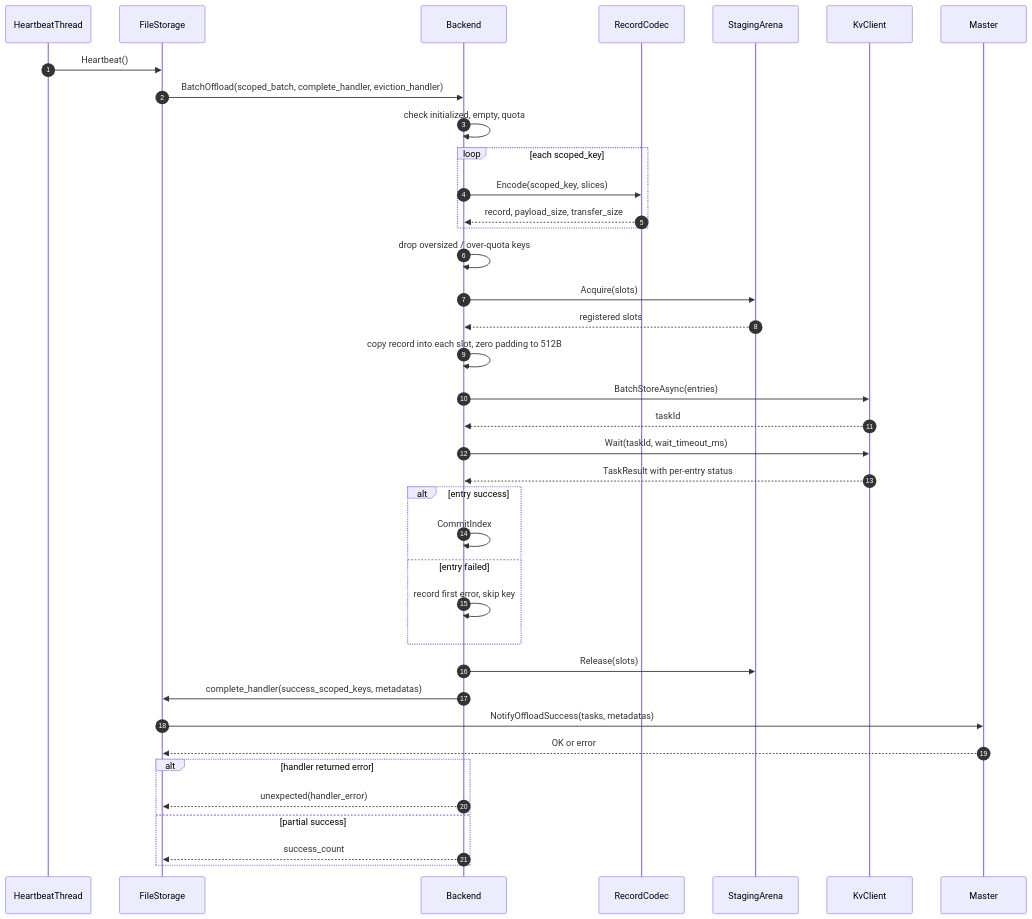
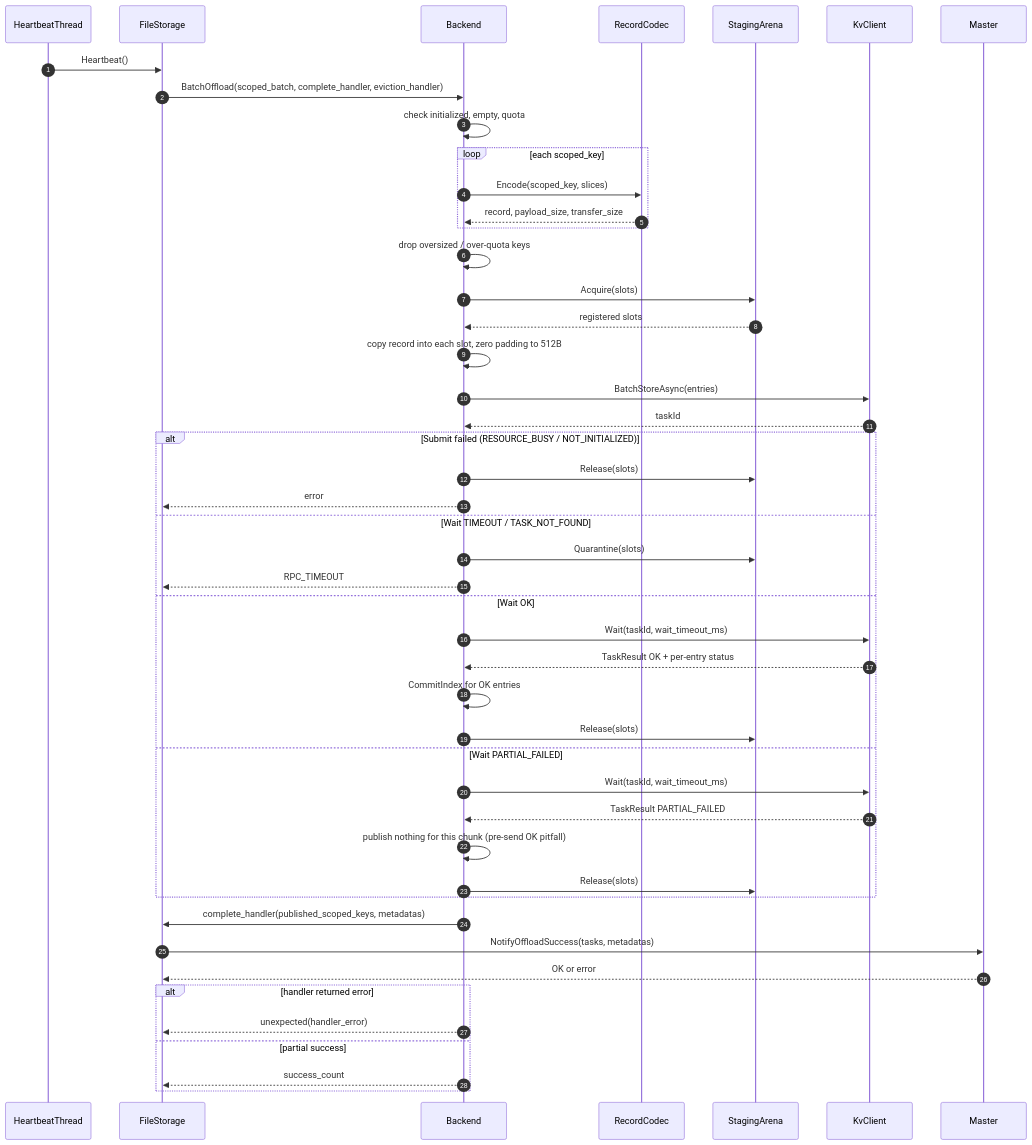
Before and after one commit to zwj20000328-dotcom/Mooncake-documents: the seventh of 14 diagrams in kv-client-storage-backend.md, drawn with Mermaid. The commit also changed other lines of this file and 2 other files, not shown here.

````diff
--- a/kv-client-storage-backend.md
+++ b/kv-client-storage-backend.md
@@ -994,47 +1095,56 @@
 ```mermaid
 sequenceDiagram
     autonumber
     participant HB as HeartbeatThread
     participant FS as FileStorage
     participant BE as Backend
     participant RC as RecordCodec
     participant SA as StagingArena
     participant KC as KvClient
     participant MS as Master
 
     HB->>FS: Heartbeat()
     FS->>BE: BatchOffload(scoped_batch, complete_handler, eviction_handler)
     BE->>BE: check initialized, empty, quota
 
     loop each scoped_key
         BE->>RC: Encode(scoped_key, slices)
         RC-->>BE: record, payload_size, transfer_size
     end
 
     BE->>BE: drop oversized / over-quota keys
     BE->>SA: Acquire(slots)
     SA-->>BE: registered slots
     BE->>BE: copy record into each slot, zero padding to 512B
 
     BE->>KC: BatchStoreAsync(entries)
     KC-->>BE: taskId
-    BE->>KC: Wait(taskId, wait_timeout_ms)
-    KC-->>BE: TaskResult with per-entry status
 
-    alt entry success
-        BE->>BE: CommitIndex
-    else entry failed
-        BE->>BE: record first error, skip key
+    alt Submit failed (RESOURCE_BUSY / NOT_INITIALIZED)
+        BE->>SA: Release(slots)
+        BE-->>FS: error
+    else Wait TIMEOUT / TASK_NOT_FOUND
+        BE->>SA: Quarantine(slots)
+        BE-->>FS: RPC_TIMEOUT
+    else Wait OK
+        BE->>KC: Wait(taskId, wait_timeout_ms)
+        KC-->>BE: TaskResult OK + per-entry status
+        BE->>BE: CommitIndex for OK entries
+        BE->>SA: Release(slots)
+    else Wait PARTIAL_FAILED
+        BE->>KC: Wait(taskId, wait_timeout_ms)
+        KC-->>BE: TaskResult PARTIAL_FAILED
+        BE->>BE: publish nothing for this chunk (pre-send OK pitfall)
+        BE->>SA: Release(slots)
     end
 
-    BE->>SA: Release(slots)
-    BE->>FS: complete_handler(success_scoped_keys, metadatas)
+    BE->>FS: complete_handler(published_scoped_keys, metadatas)
     FS->>MS: NotifyOffloadSuccess(tasks, metadatas)
     MS-->>FS: OK or error
 
     alt handler returned error
         BE-->>FS: unexpected(handler_error)
     else partial success
         BE-->>FS: success_count
     end
 ```
````
